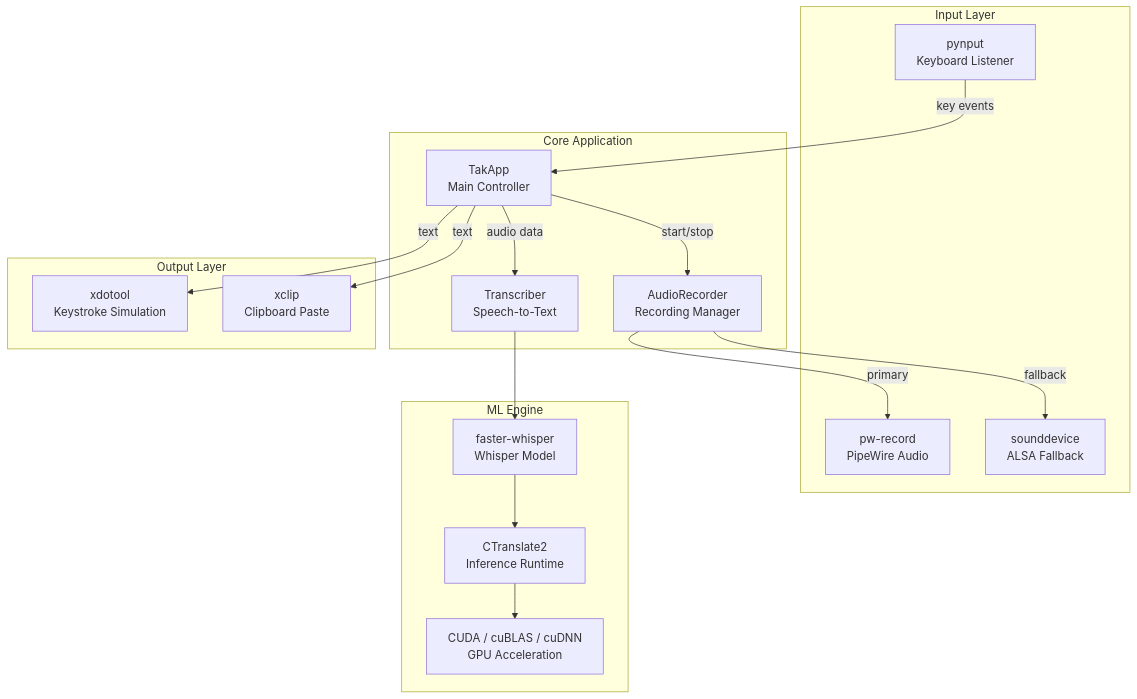
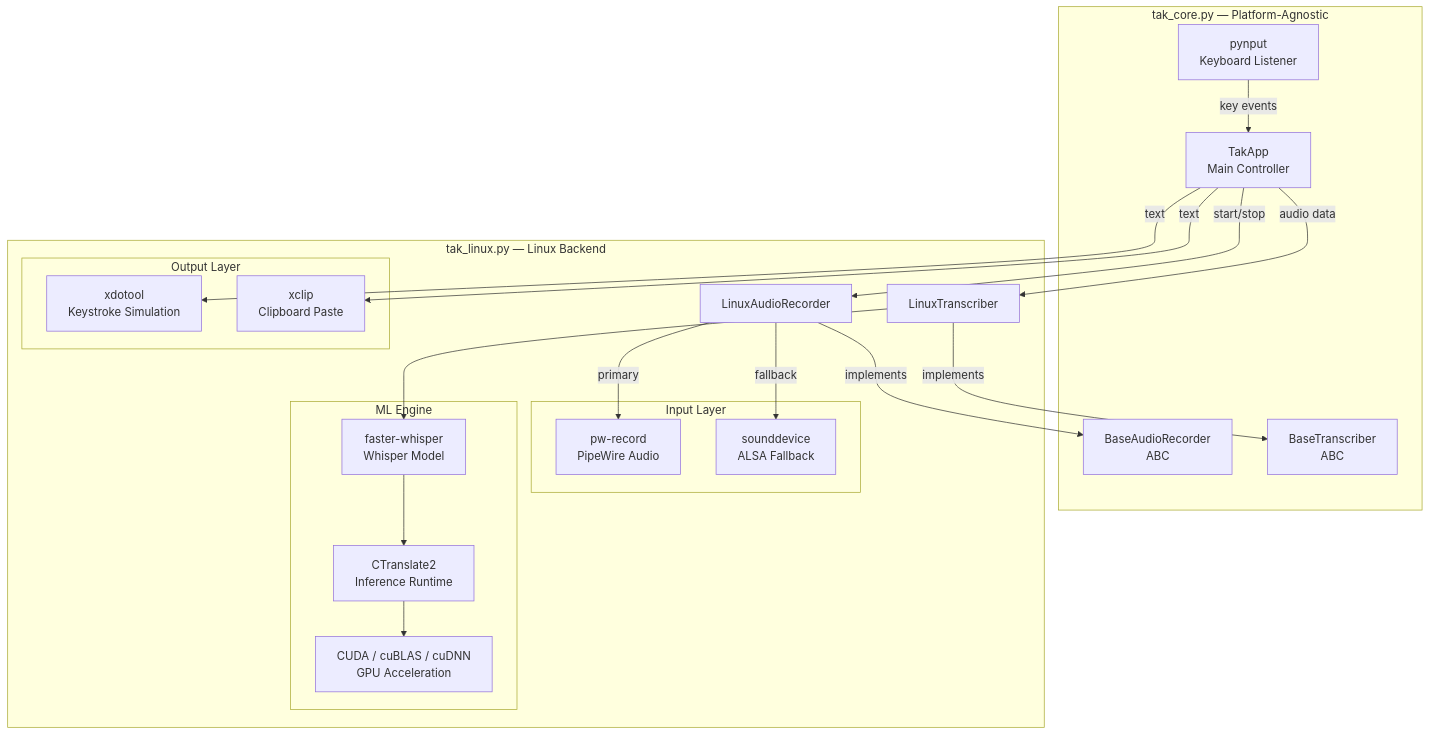
Before and after one commit to lchonkan/tak: the third of 9 diagrams in docs/architecture.md, drawn with Mermaid. The commit also changed other lines of this file and 8 other files, not shown here.

First line of the commit message:
refactor: split monolithic tak.py into modular cross-platform architecture

````diff
--- a/docs/architecture.md
+++ b/docs/architecture.md
@@ -61,38 +104,46 @@
 ```mermaid
 graph TD
-    subgraph Input Layer
+    subgraph "tak_core.py — Platform-Agnostic"
         PYNPUT[pynput<br/>Keyboard Listener]
-        PWREC[pw-record<br/>PipeWire Audio]
-        SDEV[sounddevice<br/>ALSA Fallback]
+        TAKAPP[TakApp<br/>Main Controller]
+        BASE_REC[BaseAudioRecorder<br/>ABC]
+        BASE_TR[BaseTranscriber<br/>ABC]
     end
 
-    subgraph Core Application
-        TAKAPP[TakApp<br/>Main Controller]
-        AREC[AudioRecorder<br/>Recording Manager]
-        TRANS[Transcriber<br/>Speech-to-Text]
-    end
+    subgraph "tak_linux.py — Linux Backend"
+        subgraph Input Layer
+            PWREC[pw-record<br/>PipeWire Audio]
+            SDEV[sounddevice<br/>ALSA Fallback]
+        end
 
-    subgraph Output Layer
-        XDOTOOL[xdotool<br/>Keystroke Simulation]
-        XCLIP[xclip<br/>Clipboard Paste]
-    end
+        AREC[LinuxAudioRecorder]
+        TRANS[LinuxTranscriber]
 
-    subgraph ML Engine
-        WHISPER[faster-whisper<br/>Whisper Model]
-        CT2[CTranslate2<br/>Inference Runtime]
-        CUDA[CUDA / cuBLAS / cuDNN<br/>GPU Acceleration]
+        subgraph Output Layer
+            XDOTOOL[xdotool<br/>Keystroke Simulation]
+            XCLIP[xclip<br/>Clipboard Paste]
+        end
+
+        subgraph ML Engine
+            WHISPER[faster-whisper<br/>Whisper Model]
+            CT2[CTranslate2<br/>Inference Runtime]
+            CUDA[CUDA / cuBLAS / cuDNN<br/>GPU Acceleration]
+        end
     end
 
     PYNPUT -->|key events| TAKAPP
     TAKAPP -->|start/stop| AREC
     TAKAPP -->|audio data| TRANS
     TAKAPP -->|text| XDOTOOL
     TAKAPP -->|text| XCLIP
 
+    AREC -->|implements| BASE_REC
+    TRANS -->|implements| BASE_TR
+
     AREC -->|primary| PWREC
     AREC -->|fallback| SDEV
 
     TRANS --> WHISPER
     WHISPER --> CT2
     CT2 --> CUDA
 ```
````
